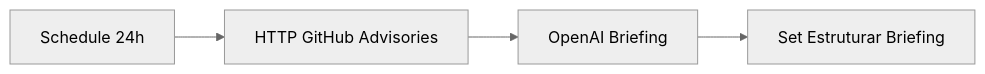
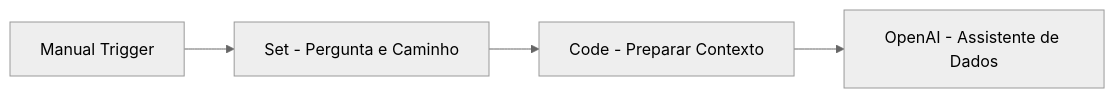
Before and after one commit to ClaudioMendonca-Eng/Kensei_AI_Foundations: the third of 4 diagrams in semana-06/README.md, drawn with Mermaid (neutral theme). The commit also changed other lines of this file and 11 other files, not shown here.

````diff
--- a/semana-06/README.md
+++ b/semana-06/README.md
@@ -497,6 +178,6 @@
 ```mermaid
 flowchart LR
-    A[Schedule 24h] --> B[HTTP GitHub Advisories]
-    B --> C[OpenAI Briefing]
-    C --> D[Set Estruturar Briefing]
+    A[Manual Trigger] --> B[Set - Pergunta e Caminho]
+    B --> C[Code - Preparar Contexto]
+    C --> D[OpenAI - Assistente de Dados]
 ```
````
